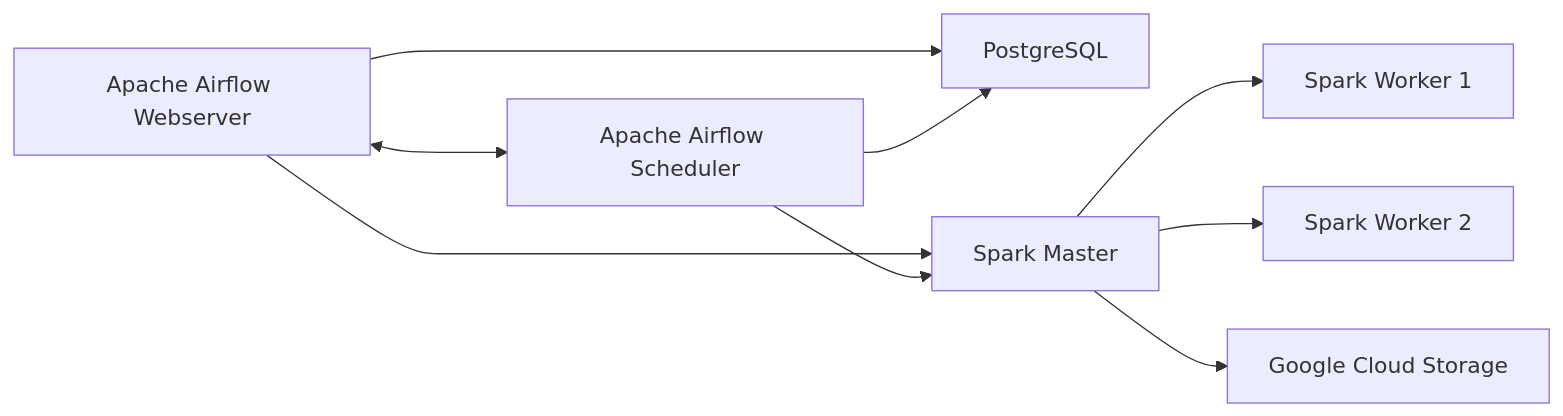
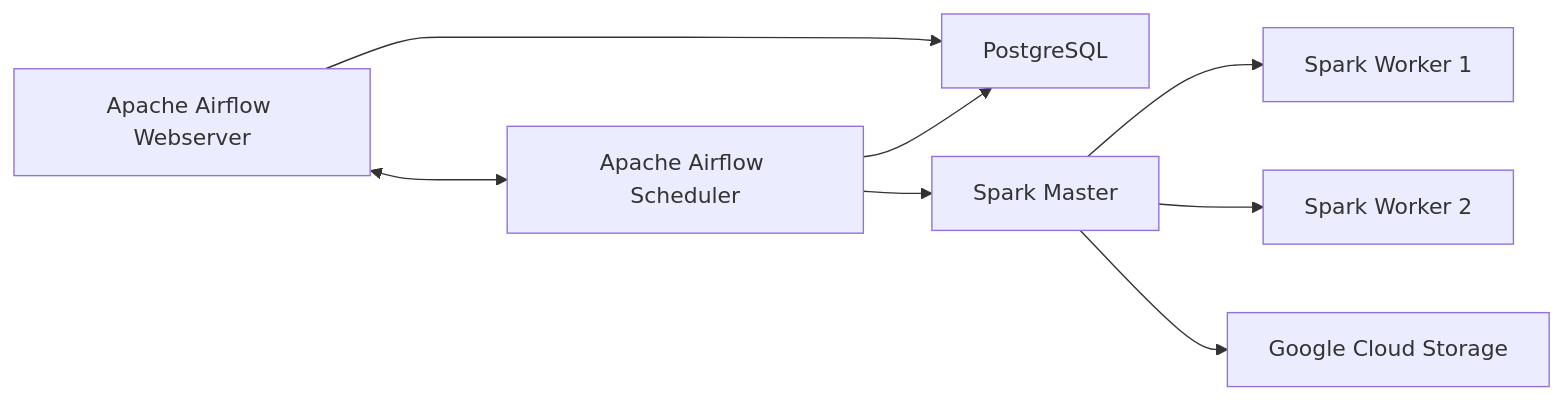
The seventh of 7 diagrams in README.md (JeanEdinson/Chicago-Crime-Pipeline), drawn with Mermaid before and after one commit.

````diff
--- a/README.md
+++ b/README.md
@@ -1517,33 +1517,31 @@
 ```mermaid
 flowchart LR
 
 A[Apache Airflow Webserver]
 
 B[Apache Airflow Scheduler]
 
 C[PostgreSQL]
 
 D[Spark Master]
 
 E[Spark Worker 1]
 
 F[Spark Worker 2]
 
 G[Google Cloud Storage]
 
 A <---> B
 
-A --> D
-
 B --> D
 
 D --> E
 
 D --> F
 
 D --> G
 
 A --> C
 
 B --> C
 ```
````
